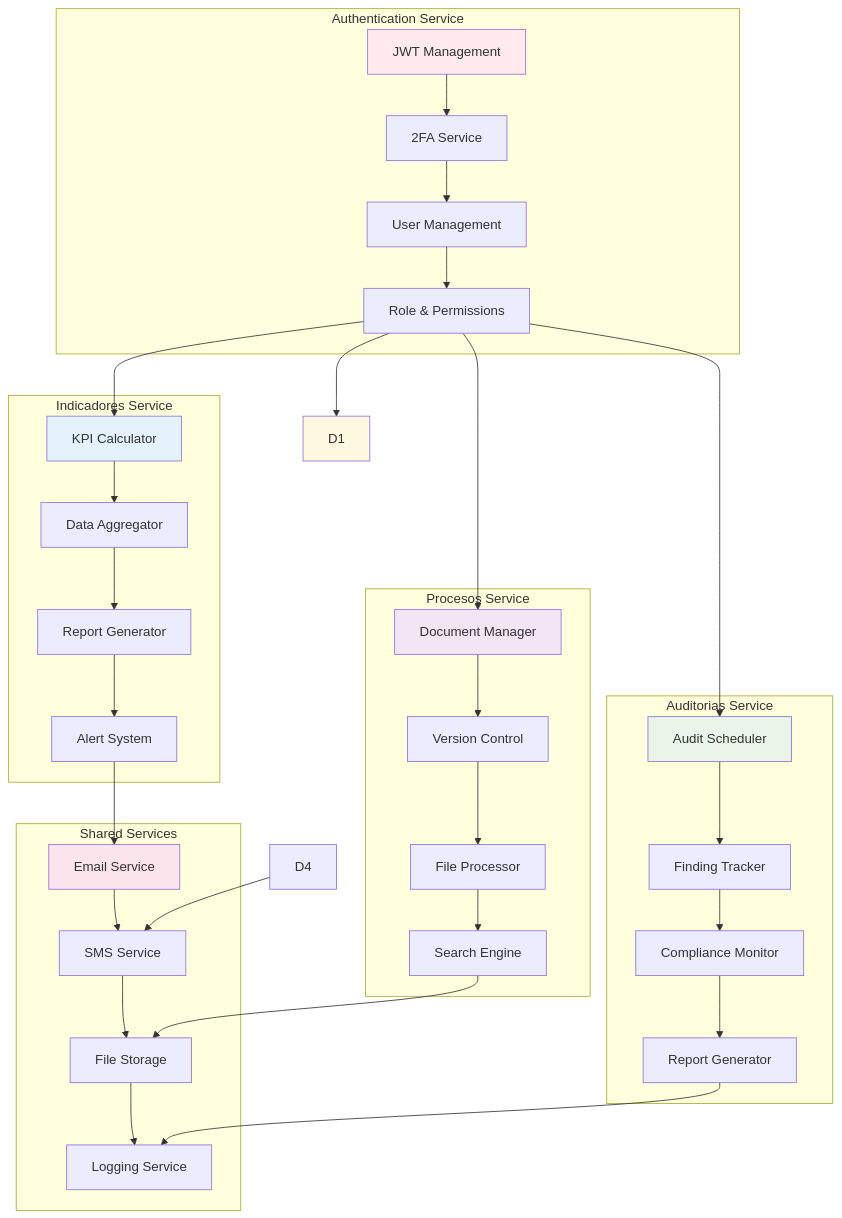
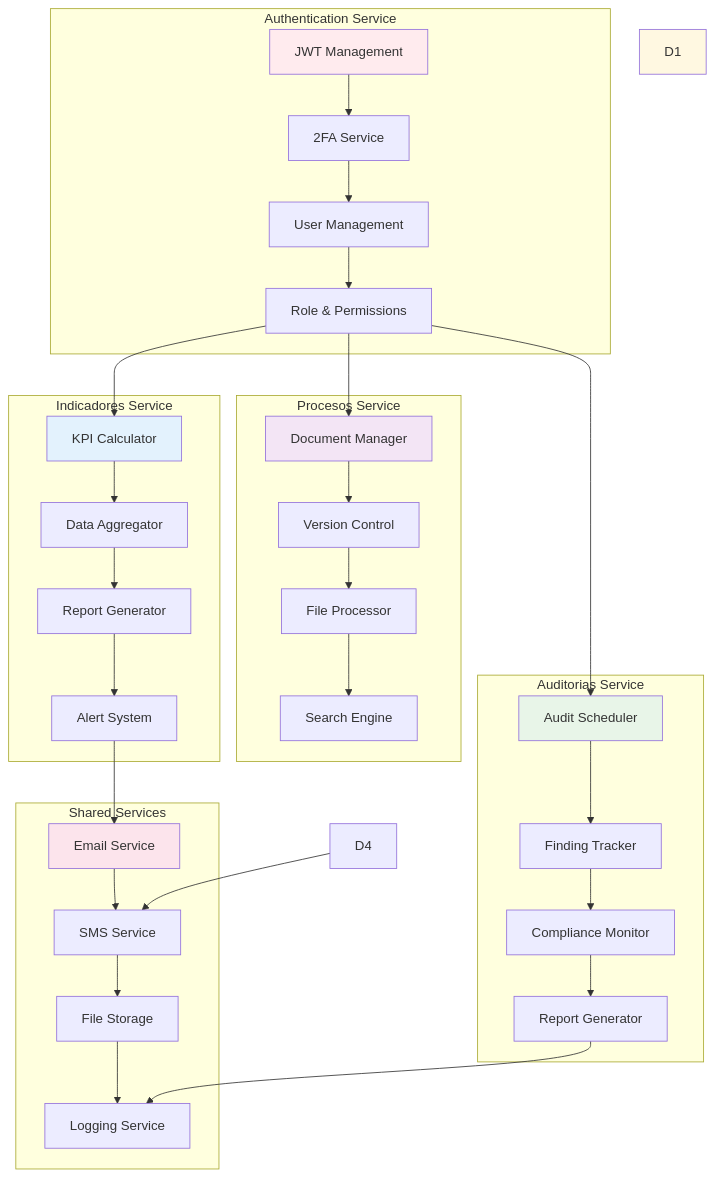
One commit to Edisonnarvaez/portal_web_frontend changed the sixth of 19 diagrams in architecture.md. Above: the diagram before and after it, drawn with Mermaid.

````diff
--- a/architecture.md
+++ b/architecture.md
@@ -270,50 +270,48 @@
 ```mermaid
 graph TB
     subgraph "Authentication Service"
         A1[JWT Management] --> A2[2FA Service]
         A2 --> A3[User Management]
         A3 --> A4[Role & Permissions]
     end
     
     subgraph "Indicadores Service"
         B1[KPI Calculator] --> B2[Data Aggregator]
         B2 --> B3[Report Generator]
         B3 --> B4[Alert System]
     end
     
     subgraph "Procesos Service"
         C1[Document Manager] --> C2[Version Control]
         C2 --> C3[File Processor]
         C3 --> C4[Search Engine]
     end
 
     
     subgraph "Auditorias Service"
         E1[Audit Scheduler] --> E2[Finding Tracker]
         E2 --> E3[Compliance Monitor]
         E3 --> E4[Report Generator]
     end
     
     subgraph "Shared Services"
         F1[Email Service] --> F2[SMS Service]
         F2 --> F3[File Storage]
         F3 --> F4[Logging Service]
     end
     
     A4 --> B1
     A4 --> C1
-    A4 --> D1
     A4 --> E1
     
     B4 --> F1
-    C4 --> F3
     D4 --> F2
     E4 --> F4
     
     style A1 fill:#ffebee
     style B1 fill:#e3f2fd
     style C1 fill:#f3e5f5
     style D1 fill:#fff8e1
     style E1 fill:#e8f5e8
     style F1 fill:#fce4ec
 ```
````
